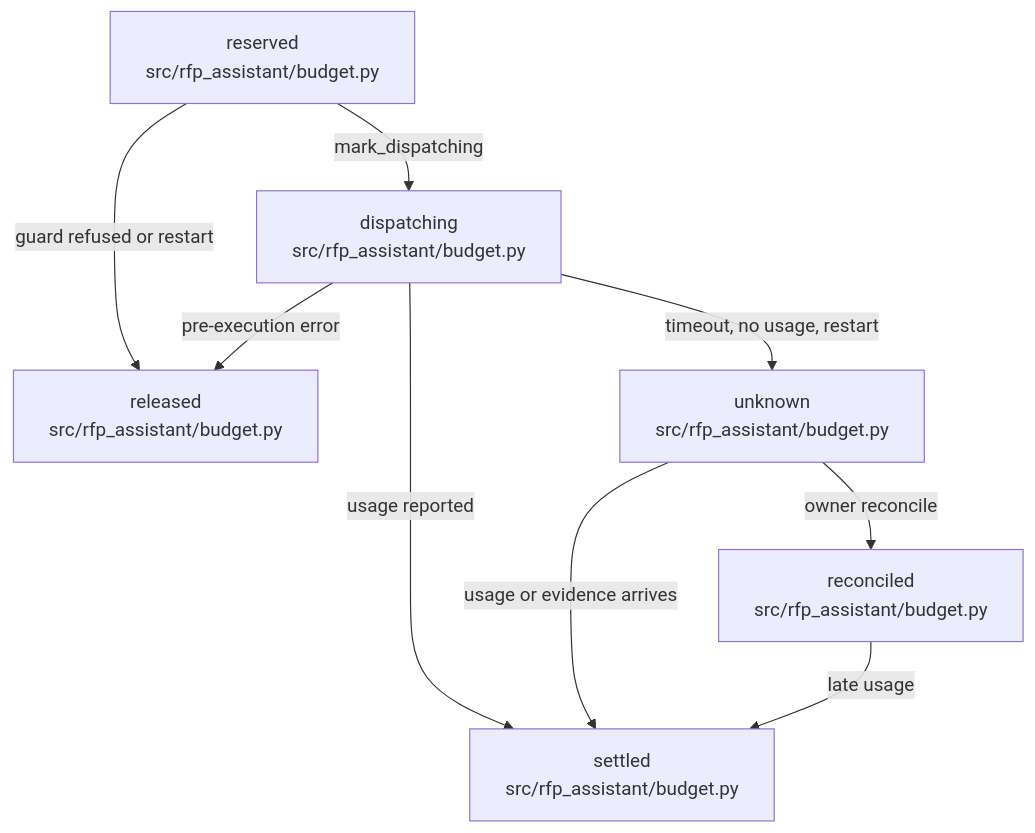
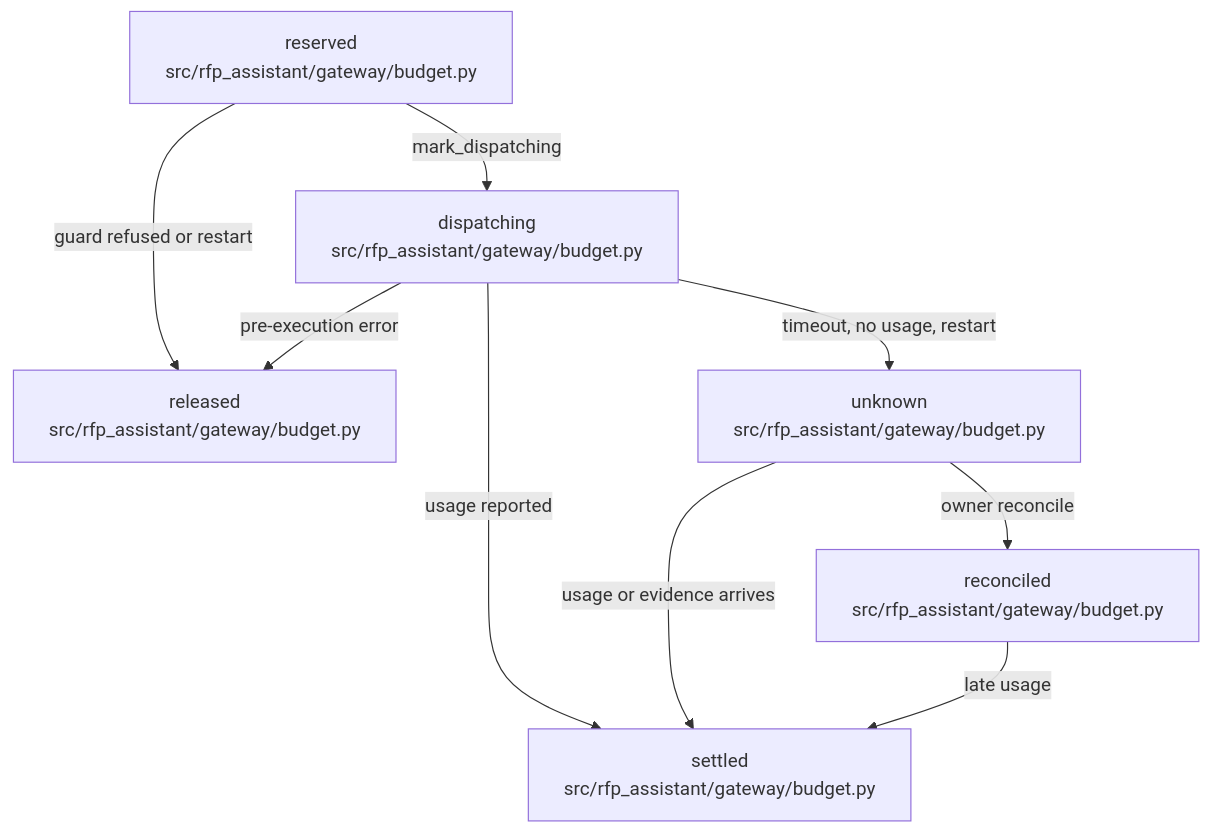
Before and after one commit to littleeeeebit/project-codeit-mid: the diagram in .omm/state-transitions/attempt-states/diagram.mmd, drawn with Mermaid. The commit also changed 13 other files, not shown here.

Commit message:
Name the layer package paths in docs and diagrams

```diff
--- a/.omm/state-transitions/attempt-states/diagram.mmd
+++ b/.omm/state-transitions/attempt-states/diagram.mmd
@@ -1,9 +1,9 @@
 graph TD
-  reserved["reserved\nsrc/rfp_assistant/budget.py"] -->|"mark_dispatching"| dispatching["dispatching\nsrc/rfp_assistant/budget.py"]
-  reserved -->|"guard refused or restart"| released["released\nsrc/rfp_assistant/budget.py"]
+  reserved["reserved\nsrc/rfp_assistant/gateway/budget.py"] -->|"mark_dispatching"| dispatching["dispatching\nsrc/rfp_assistant/gateway/budget.py"]
+  reserved -->|"guard refused or restart"| released["released\nsrc/rfp_assistant/gateway/budget.py"]
   dispatching -->|"pre-execution error"| released
-  dispatching -->|"usage reported"| settled["settled\nsrc/rfp_assistant/budget.py"]
-  dispatching -->|"timeout, no usage, restart"| unknown["unknown\nsrc/rfp_assistant/budget.py"]
-  unknown -->|"owner reconcile"| reconciled["reconciled\nsrc/rfp_assistant/budget.py"]
+  dispatching -->|"usage reported"| settled["settled\nsrc/rfp_assistant/gateway/budget.py"]
+  dispatching -->|"timeout, no usage, restart"| unknown["unknown\nsrc/rfp_assistant/gateway/budget.py"]
+  unknown -->|"owner reconcile"| reconciled["reconciled\nsrc/rfp_assistant/gateway/budget.py"]
   unknown -->|"usage or evidence arrives"| settled
   reconciled -->|"late usage"| settled
```
